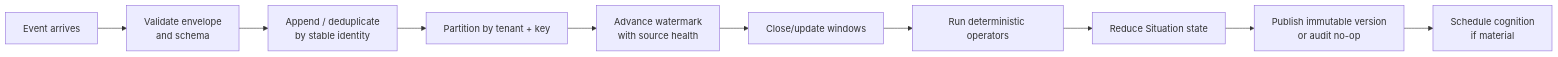
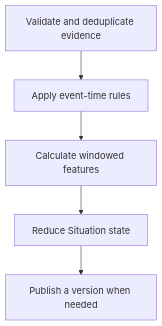
The diagram in documentation/design/stream-processing.md (ghassan-ai-projects/agentic-stream), drawn with Mermaid before and after one commit. The commit also changed other lines of this file and 37 other files, not shown here.

Commit message:
docs: simplify diagrams and verify the learning and runtime guides

````diff
--- a/documentation/design/stream-processing.md
+++ b/documentation/design/stream-processing.md
@@ -8,12 +10,7 @@
 ```mermaid
-flowchart LR
-    A["Event arrives"] --> B["Validate envelope\nand schema"]
-    B --> C["Append / deduplicate\nby stable identity"]
-    C --> D["Partition by tenant + key"]
-    D --> E["Advance watermark\nwith source health"]
-    E --> F["Close/update windows"]
-    F --> G["Run deterministic operators"]
-    G --> H["Reduce Situation state"]
-    H --> I["Publish immutable version\nor audit no-op"]
-    I --> J["Schedule cognition\nif material"]
+flowchart TD
+    E["Validate and deduplicate evidence"] --> T["Apply event-time rules"]
+    T --> F["Calculate windowed features"]
+    F --> S["Reduce Situation state"]
+    S --> V["Publish a version when needed"]
 ```
````
